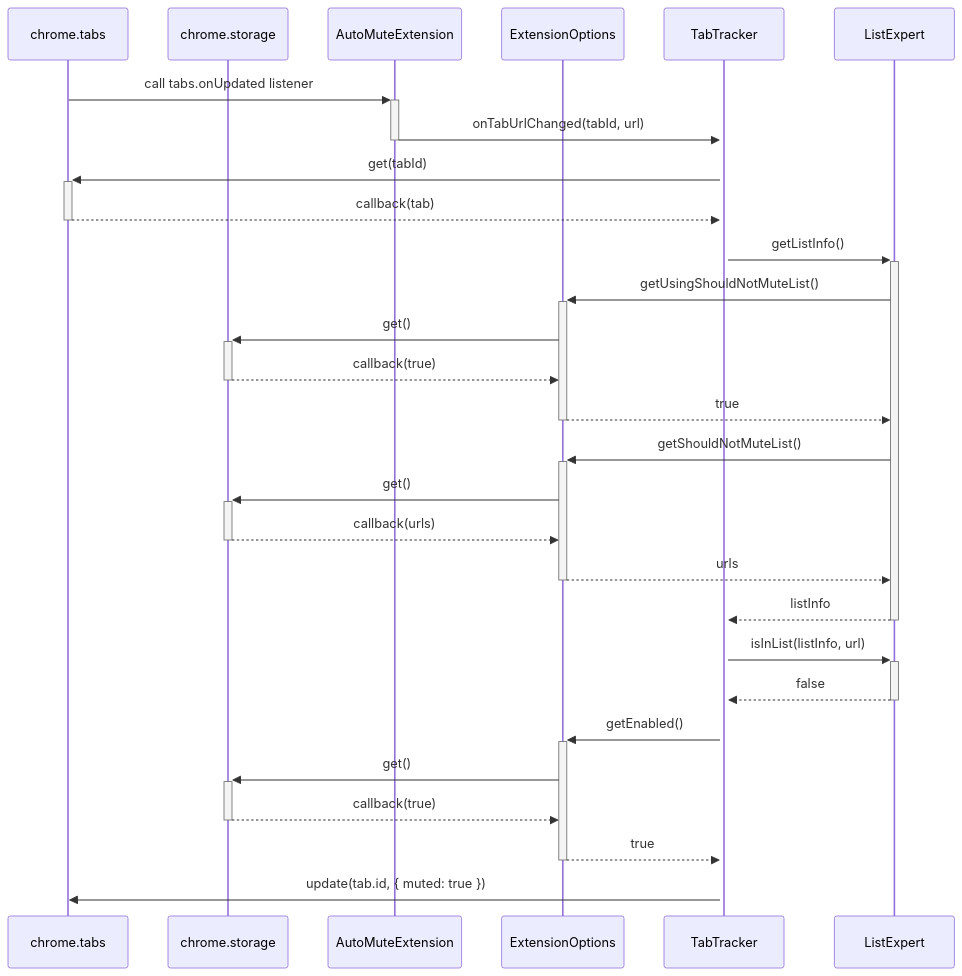
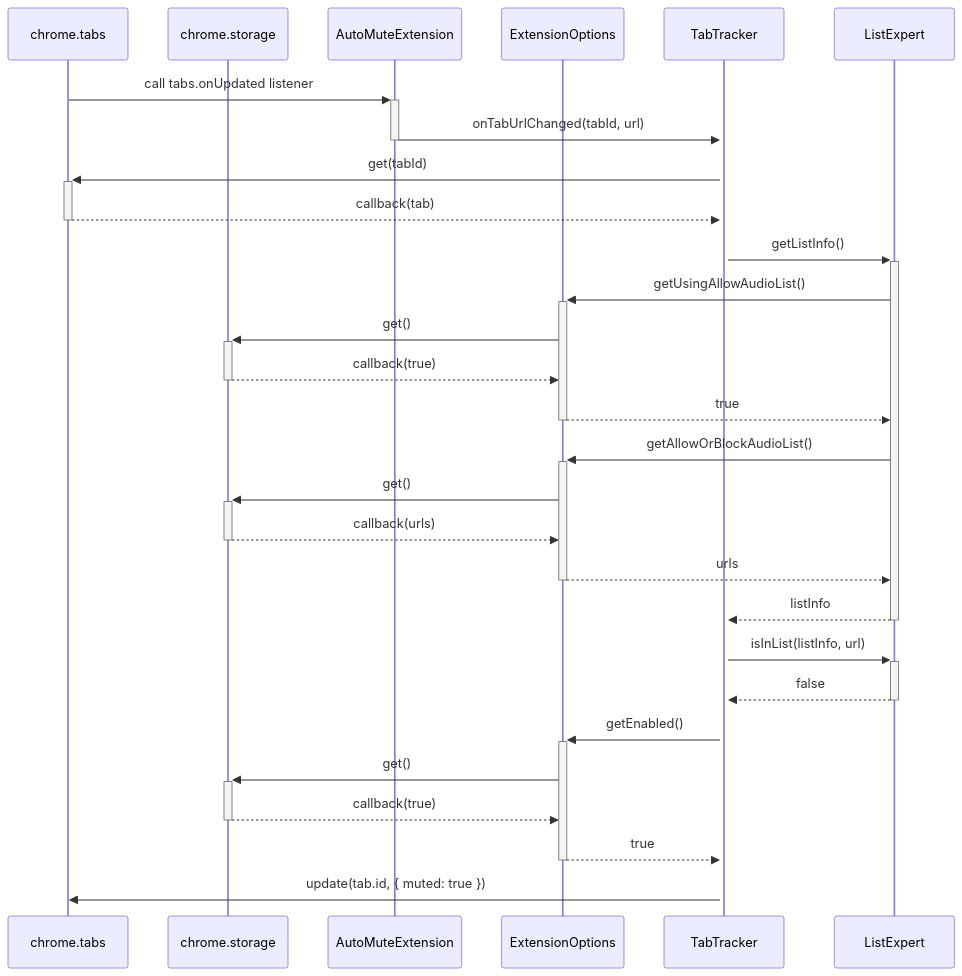
The fourth of 4 diagrams in docs/SequenceDiagrams.md (danBhentschel/auto-mute), drawn with Mermaid before and after one commit. The commit also changed other lines of this file and 66 other files, not shown here.

Commit message:
Many updates to architecture, execution, and tests.

````diff
--- a/docs/SequenceDiagrams.md
+++ b/docs/SequenceDiagrams.md
@@ -107,32 +111,32 @@
 ```mermaid
 sequenceDiagram
     participant tabs as chrome.tabs
     participant storage as chrome.storage
     participant extension as AutoMuteExtension
     participant eOptions as ExtensionOptions
     participant tracker as TabTracker
     participant list as ListExpert
 
     tabs->>+extension: call tabs.onUpdated listener
     extension->>+tracker: onTabUrlChanged(tabId, url)
     deactivate extension
     tracker->>+tabs: get(tabId)
     tabs-->>-tracker: callback(tab)
     tracker->>+list: getListInfo()
-    list->>+eOptions: getUsingShouldNotMuteList()
+    list->>+eOptions: getUsingAllowAudioList()
     eOptions->>+storage: get()
     storage-->>-eOptions: callback(true)
     eOptions-->>-list: true
-    list->>+eOptions: getShouldNotMuteList()
+    list->>+eOptions: getAllowOrBlockAudioList()
     eOptions->>+storage: get()
     storage-->>-eOptions: callback(urls)
     eOptions-->>-list: urls
     list-->>-tracker: listInfo
     tracker->>+list: isInList(listInfo, url)
     list-->>-tracker: false
     tracker->>+eOptions: getEnabled()
     eOptions->>+storage: get()
     storage-->>-eOptions: callback(true)
     eOptions-->>-tracker: true
     tracker->>tabs: update(tab.id, { muted: true })
 ```
````
